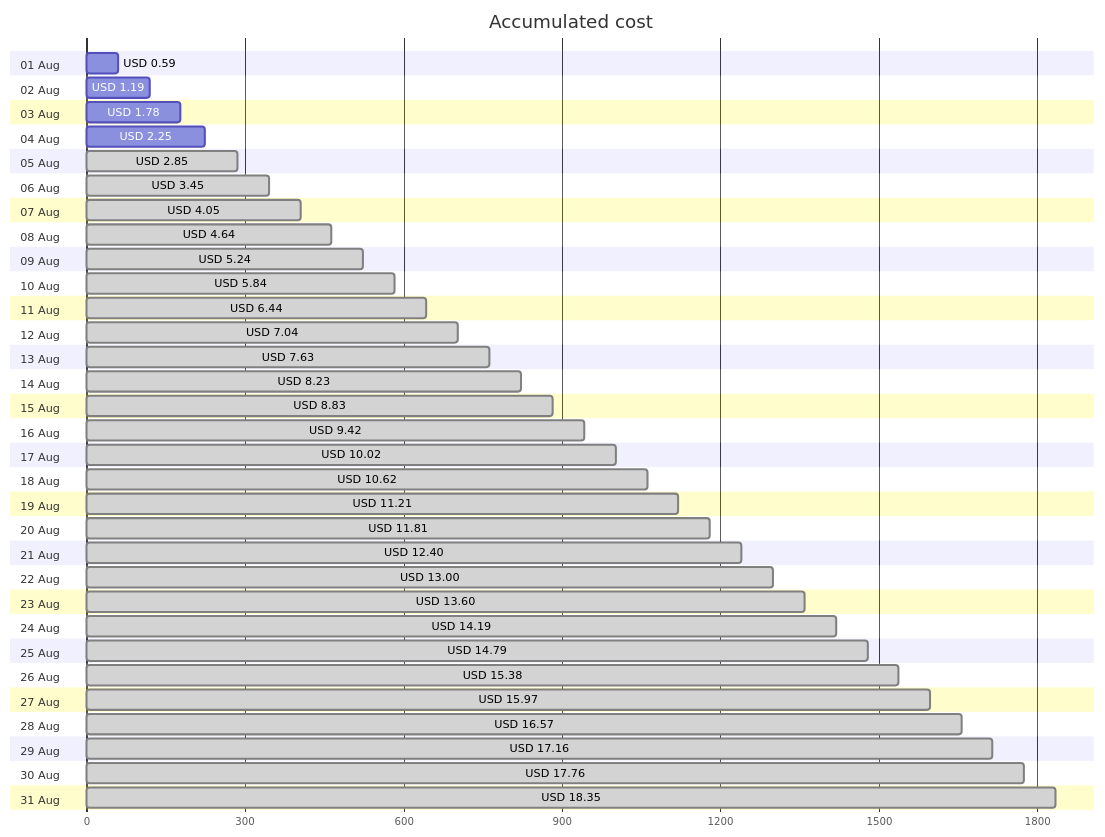
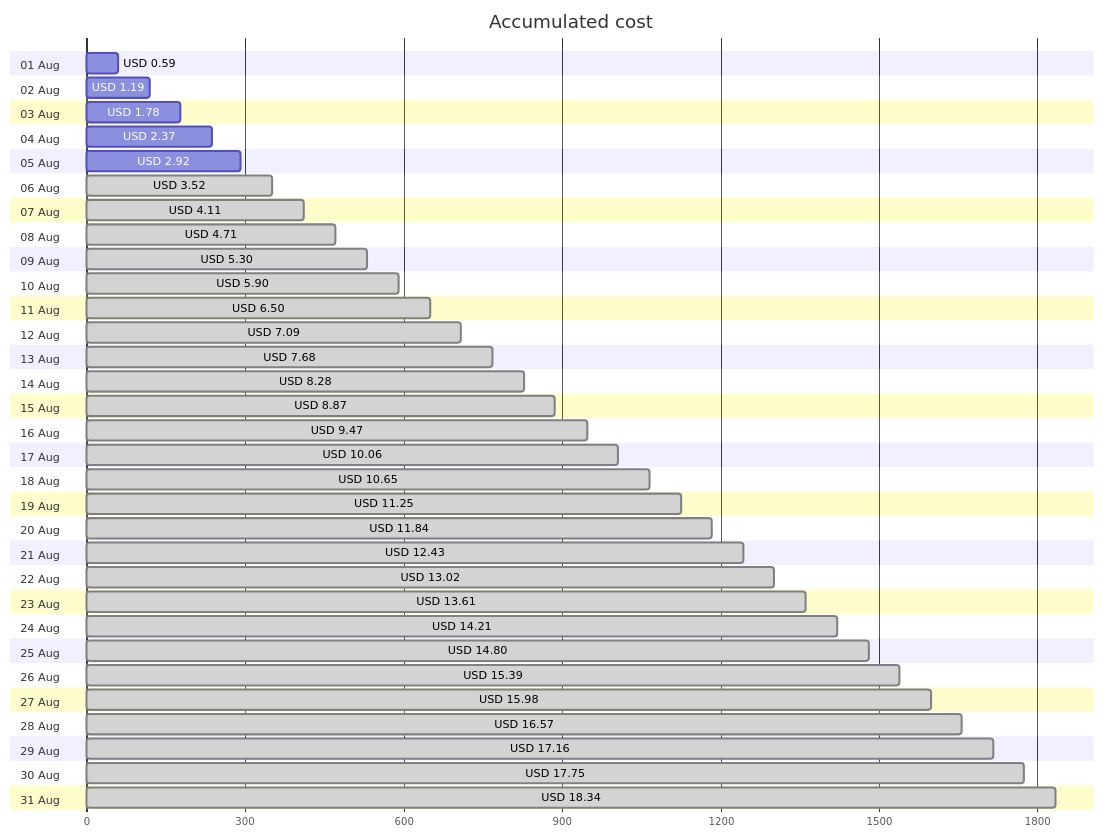
Before and after one commit to jpfulton/azure-personal-reports: the first of 4 diagrams in cost-reports/personal-site/README.md, drawn with Mermaid. The commit also changed other lines of this file and 6 other files, not shown here.

````diff
--- a/cost-reports/personal-site/README.md
+++ b/cost-reports/personal-site/README.md
@@ -20,68 +20,68 @@
 ```mermaid
 gantt
    title Accumulated cost
    dateFormat  X
    axisFormat %s
    section 01 Aug
    USD 0.59 :0, 59
    section 02 Aug
    USD 1.19 :0, 119
    section 03 Aug
    USD 1.78 :0, 178
    section 04 Aug
-   USD 2.25 :0, 225
+   USD 2.37 :0, 237
    section 05 Aug
-   USD 2.85 : done, 0, 285
+   USD 2.92 :0, 292
    section 06 Aug
-   USD 3.45 : done, 0, 345
+   USD 3.52 : done, 0, 352
    section 07 Aug
-   USD 4.05 : done, 0, 405
+   USD 4.11 : done, 0, 411
    section 08 Aug
-   USD 4.64 : done, 0, 464
+   USD 4.71 : done, 0, 471
    section 09 Aug
-   USD 5.24 : done, 0, 524
+   USD 5.30 : done, 0, 530
    section 10 Aug
-   USD 5.84 : done, 0, 584
+   USD 5.90 : done, 0, 590
    section 11 Aug
-   USD 6.44 : done, 0, 644
+   USD 6.50 : done, 0, 650
    section 12 Aug
-   USD 7.04 : done, 0, 704
+   USD 7.09 : done, 0, 709
    section 13 Aug
-   USD 7.63 : done, 0, 763
+   USD 7.68 : done, 0, 768
    section 14 Aug
-   USD 8.23 : done, 0, 823
+   USD 8.28 : done, 0, 828
    section 15 Aug
-   USD 8.83 : done, 0, 883
+   USD 8.87 : done, 0, 887
    section 16 Aug
-   USD 9.42 : done, 0, 942
+   USD 9.47 : done, 0, 947
    section 17 Aug
-   USD 10.02 : done, 0, 1002
+   USD 10.06 : done, 0, 1006
    section 18 Aug
-   USD 10.62 : done, 0, 1062
+   USD 10.65 : done, 0, 1065
    section 19 Aug
-   USD 11.21 : done, 0, 1121
+   USD 11.25 : done, 0, 1125
    section 20 Aug
-   USD 11.81 : done, 0, 1181
+   USD 11.84 : done, 0, 1184
    section 21 Aug
-   USD 12.40 : done, 0, 1240
+   USD 12.43 : done, 0, 1243
    section 22 Aug
-   USD 13.00 : done, 0, 1300
+   USD 13.02 : done, 0, 1302
    section 23 Aug
-   USD 13.60 : done, 0, 1360
+   USD 13.61 : done, 0, 1361
    section 24 Aug
-   USD 14.19 : done, 0, 1419
+   USD 14.21 : done, 0, 1421
    section 25 Aug
-   USD 14.79 : done, 0, 1479
+   USD 14.80 : done, 0, 1480
    section 26 Aug
-   USD 15.38 : done, 0, 1538
+   USD 15.39 : done, 0, 1539
    section 27 Aug
-   USD 15.97 : done, 0, 1597
+   USD 15.98 : done, 0, 1598
    section 28 Aug
    USD 16.57 : done, 0, 1657
    section 29 Aug
    USD 17.16 : done, 0, 1716
    section 30 Aug
-   USD 17.76 : done, 0, 1776
+   USD 17.75 : done, 0, 1775
    section 31 Aug
-   USD 18.35 : done, 0, 1835
+   USD 18.34 : done, 0, 1834
 ```
````
